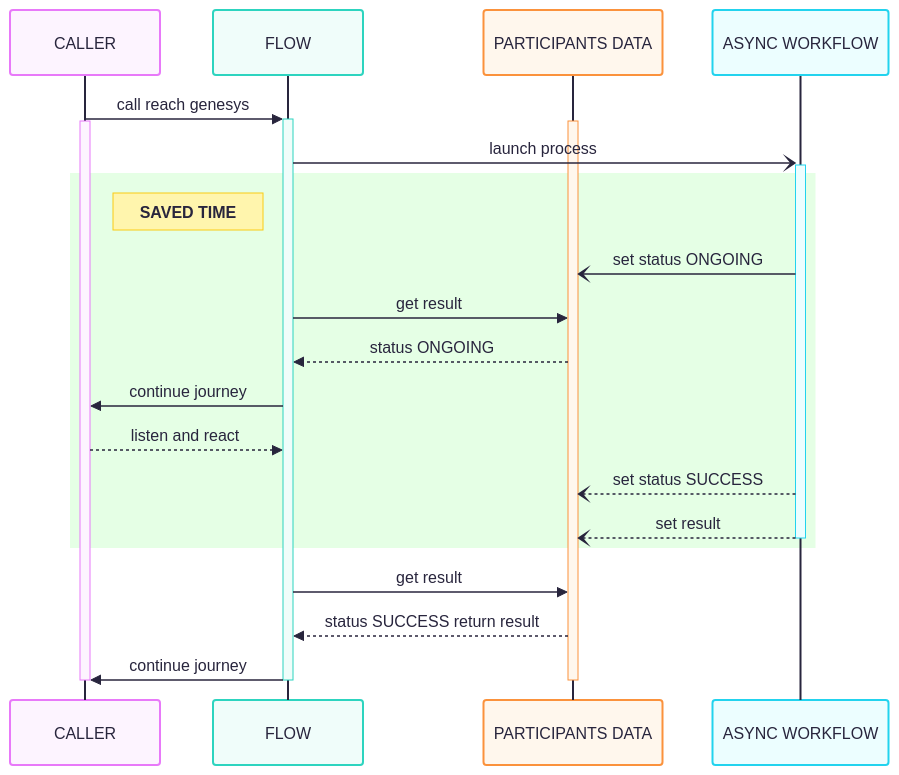
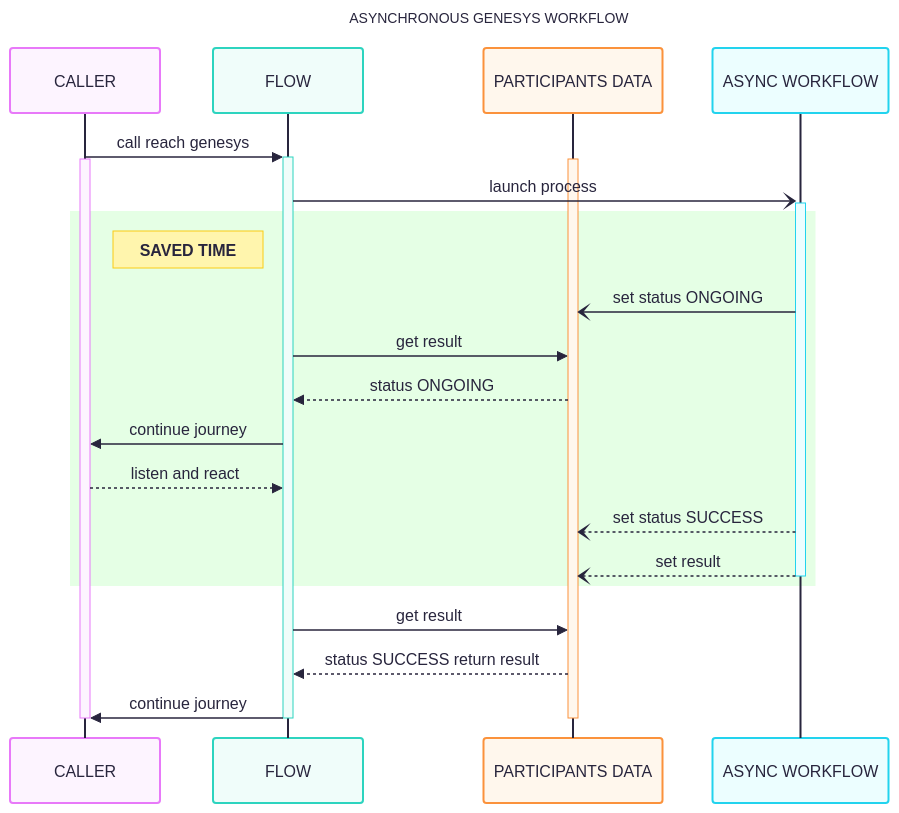
One commit to antoningar/genesys-cloud-async-worklfow changed the diagram in asynchronous.mmd. Above: the diagram before and after it, drawn with Mermaid. The commit also changed 3 other files, not shown here.

Commit message:
feat(doc): update diagrams

```diff
--- a/asynchronous.mmd
+++ b/asynchronous.mmd
@@ -1,37 +1,39 @@
 ---
 config:
   theme: redux-color
+  look: classic
+title: ASYNCHRONOUS GENESYS WORKFLOW
 ---
 sequenceDiagram
     participant CALLER
     participant FLOW
     participant DATAS as PARTICIPANTS DATA
     participant PROCESS as ASYNC WORKFLOW
 
     CALLER->>+FLOW: call reach genesys
     activate CALLER
     activate DATAS
 
     FLOW-)+PROCESS: launch process
 
     rect rgba(0,255,0,0.10)
         note left of FLOW: SAVED TIME
         PROCESS-)DATAS: set status ONGOING
         FLOW->>DATAS: get result
         DATAS-->>FLOW: status ONGOING
 
         FLOW->>CALLER: continue journey
         CALLER-->>FLOW: listen and react
 
         PROCESS--)DATAS: set status SUCCESS
         PROCESS--)-DATAS: set result
     end
 
     FLOW->>DATAS: get result
     DATAS-->>FLOW: status SUCCESS return result
     FLOW->>CALLER: continue journey
 
 
     deactivate CALLER
     deactivate FLOW
     deactivate DATAS
```
